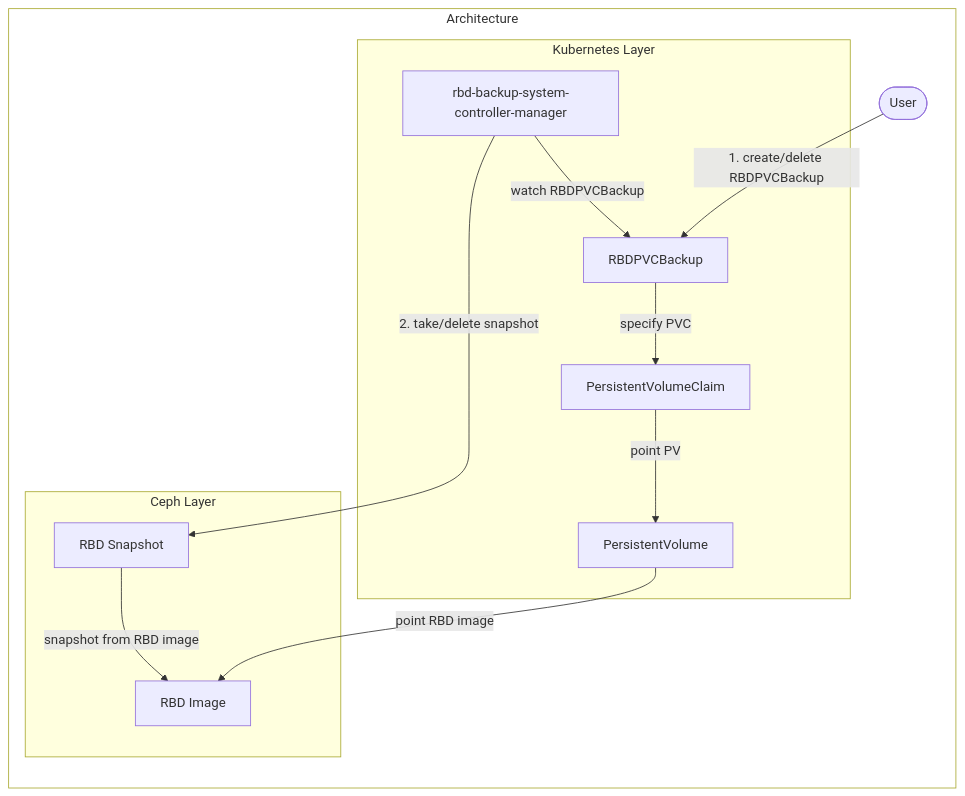
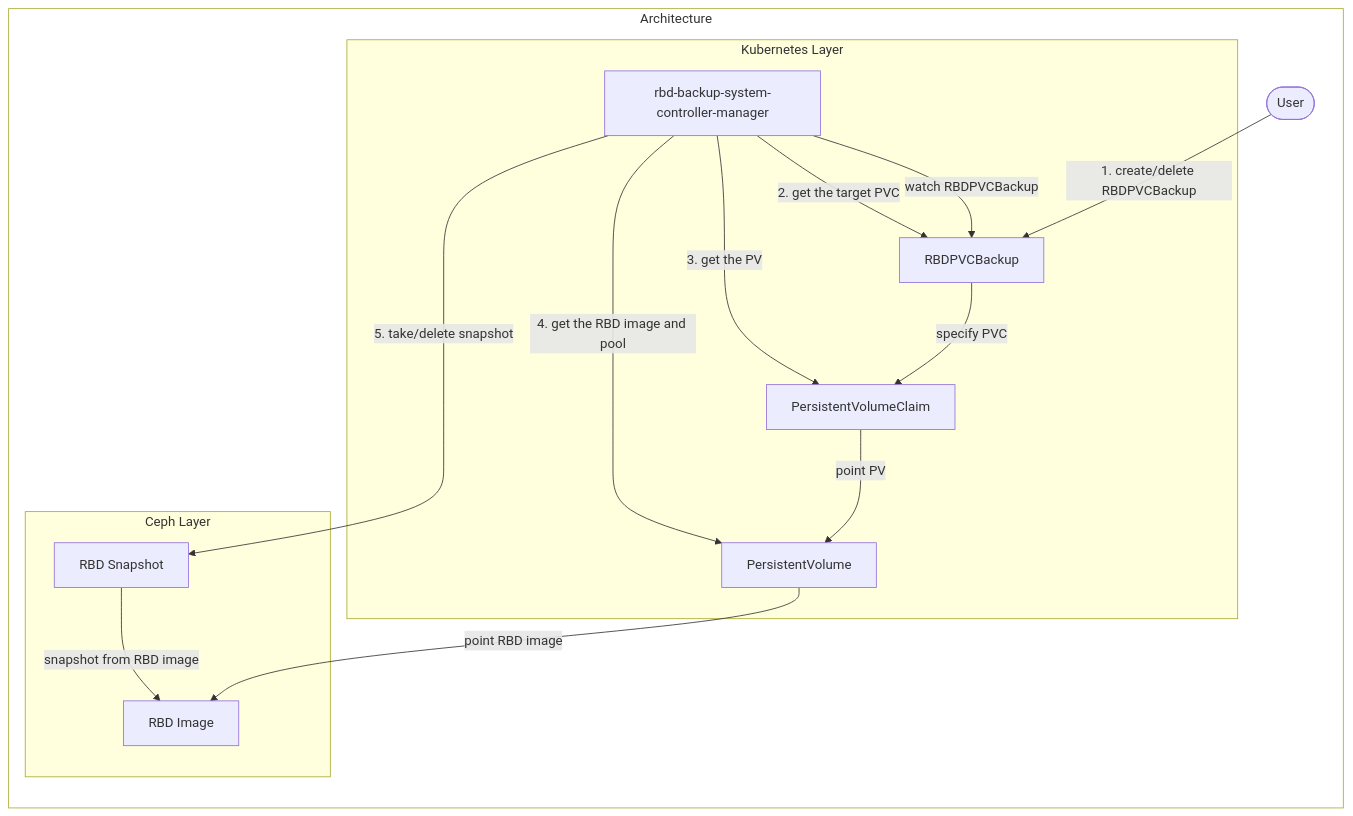
One commit to cybozu-go/mantle changed the diagram in docs/design.md. Above: the diagram before and after it, drawn with Mermaid. The commit also changed other lines of this file, not shown here.

````diff
--- a/docs/design.md
+++ b/docs/design.md
@@ -19,32 +19,35 @@
 ```mermaid
 %%{init:{'theme': 'default'}}%%
 
 flowchart LR
 
     style Architecture fill:#FFFFFF
     subgraph Architecture
 
       USER([User])
       RBSCM[rbd-backup-system-controller-manager]
       RPB[RBDPVCBackup]
       PVC[PersistentVolumeClaim]
       PV[PersistentVolume]
       RI[RBD Image]
       RS[RBD Snapshot]
 
       subgraph Kubernetes Layer
         RBSCM -- watch RBDPVCBackup --> RPB
         RPB -- specify PVC --> PVC
         PVC -- point PV --> PV
       end
 
       subgraph Ceph Layer
         PV -- point RBD image --> RI
         RS -- snapshot from RBD image --> RI
       end
 
       USER -- 1. create/delete RBDPVCBackup --> RPB
-      RBSCM -- 2. take/delete snapshot --> RS
+      RBSCM -- 2. get the target PVC --> RPB
+      RBSCM -- 3. get the PV --> PVC
+      RBSCM -- 4. get the RBD image and pool --> PV
+      RBSCM -- 5. take/delete snapshot --> RS
 
     end
 ```
````
